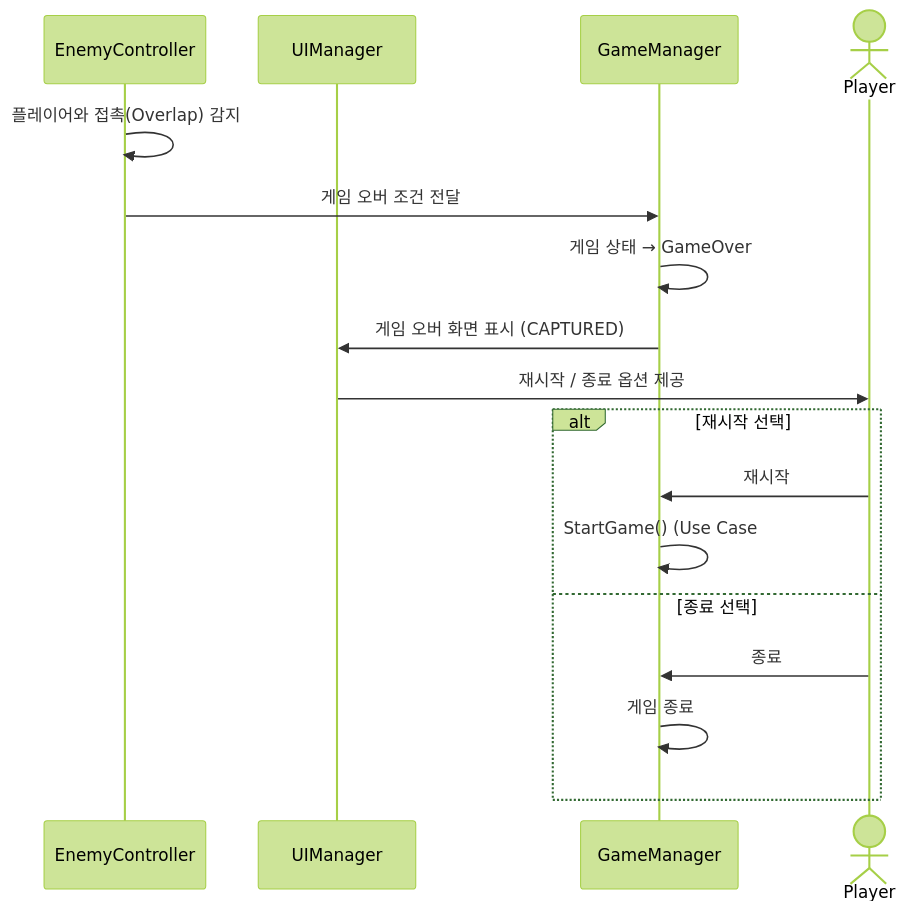
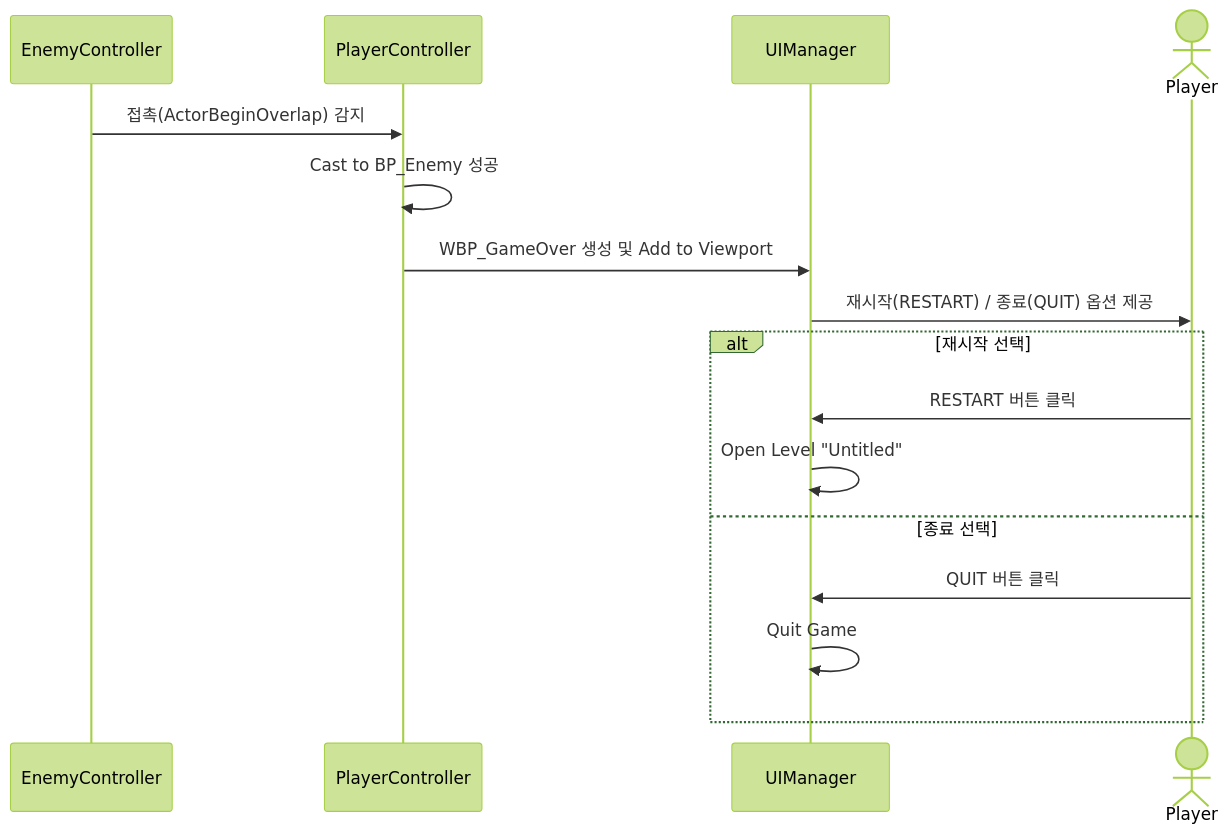
One commit to t153221/project1 changed the sixth of 10 diagrams in Design.md. Above: the diagram before and after it, drawn with Mermaid (forest theme). The commit also changed other lines of this file, not shown here.

Commit message:
Remove unimplemented classes (AudioSystem, GameManager) from Design.md

````diff
--- a/Design.md
+++ b/Design.md
@@ -309,21 +251,20 @@
 ```mermaid
 sequenceDiagram
     participant EnemyController
+    participant PlayerController
     participant UIManager
-    participant GameManager
     actor Player
 
-    EnemyController->>EnemyController: 플레이어와 접촉(Overlap) 감지
-    EnemyController->>GameManager: 게임 오버 조건 전달
-    GameManager->>GameManager: 게임 상태 → GameOver
-    GameManager->>UIManager: 게임 오버 화면 표시 (CAPTURED)
-    UIManager->>Player: 재시작 / 종료 옵션 제공
+    EnemyController->>PlayerController: 접촉(ActorBeginOverlap) 감지
+    PlayerController->>PlayerController: Cast to BP_Enemy 성공
+    PlayerController->>UIManager: WBP_GameOver 생성 및 Add to Viewport
+    UIManager->>Player: 재시작(RESTART) / 종료(QUIT) 옵션 제공
 
     alt 재시작 선택
-        Player->>GameManager: 재시작
-        GameManager->>GameManager: StartGame() (Use Case #1)
+        Player->>UIManager: RESTART 버튼 클릭
+        UIManager->>UIManager: Open Level "Untitled"
     else 종료 선택
-        Player->>GameManager: 종료
-        GameManager->>GameManager: 게임 종료
+        Player->>UIManager: QUIT 버튼 클릭
+        UIManager->>UIManager: Quit Game
     end
 ```
````
